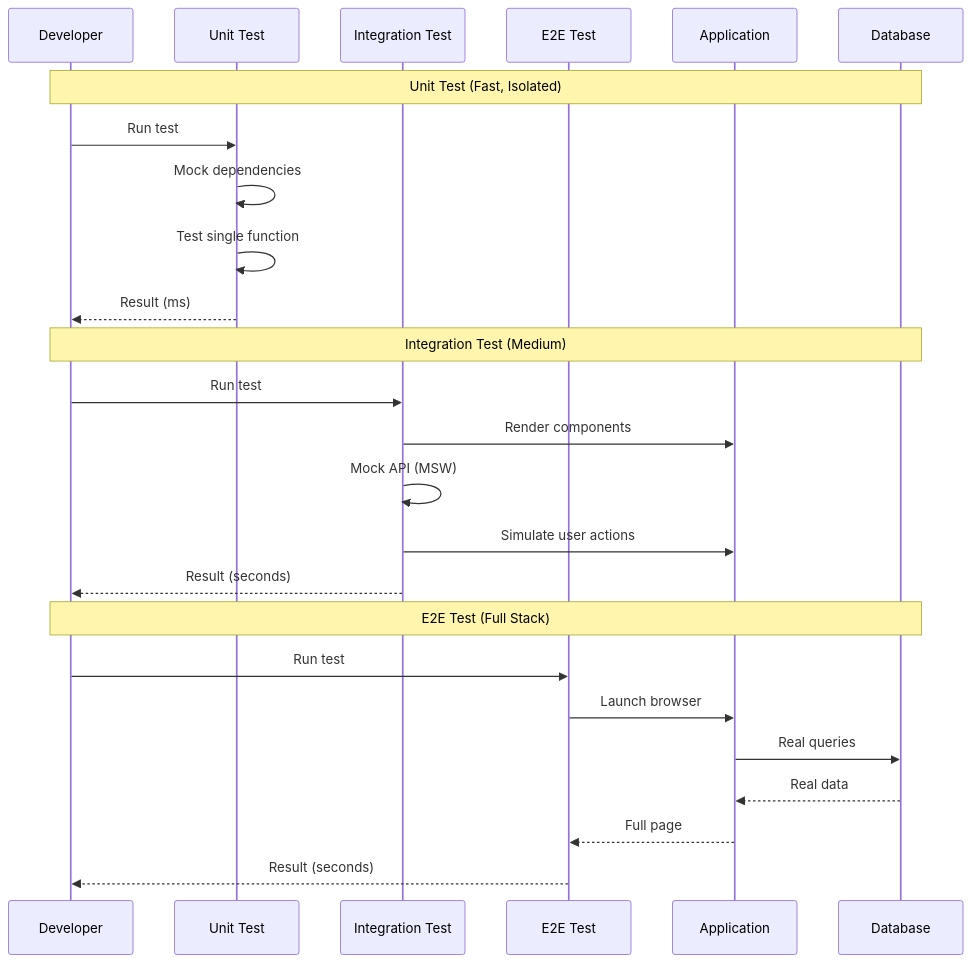
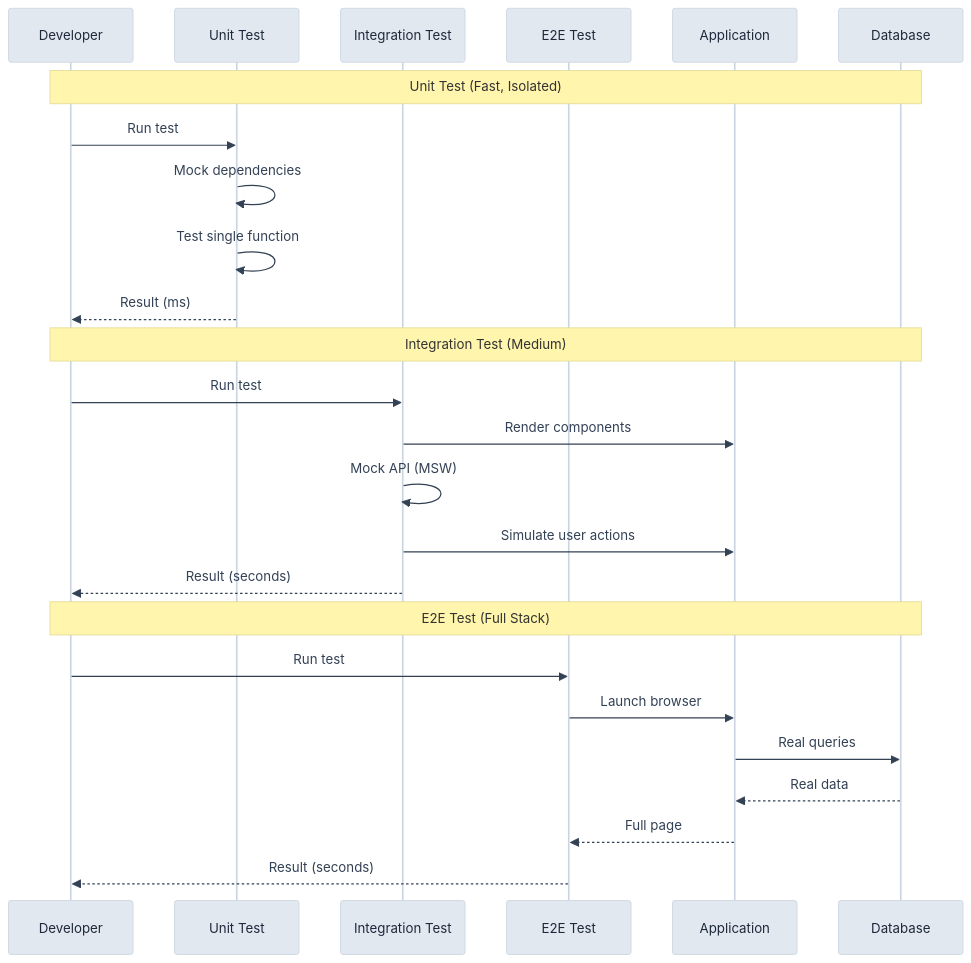
Before and after one commit to 3DHDSoft/devmultiplier-academy: the fourth of 6 diagrams in doc/testing-strategy-nextjs.md, drawn with Mermaid. The commit also changed other lines of this file and 19 other files, not shown here.

````diff
--- a/doc/testing-strategy-nextjs.md
+++ b/doc/testing-strategy-nextjs.md
@@ -406,30 +436,40 @@
 ```mermaid
-sequenceDiagram
+%%{init: {'theme': 'base', 'themeVariables': {
+  'primaryColor': '#e2e8f0',
+  'primaryTextColor': '#1e293b',
+  'primaryBorderColor': '#cbd5e1',
+  'lineColor': '#94a3b8',
+  'secondaryColor': '#f1f5f9',
+  'tertiaryColor': '#f8fafc',
+  'background': '#ffffff',
+  'textColor': '#334155',
+  'fontFamily': 'system-ui, -apple-system, sans-serif'
+}}}%%sequenceDiagram
     participant Dev as Developer
     participant Unit as Unit Test
     participant Int as Integration Test
     participant E2E as E2E Test
     participant App as Application
     participant DB as Database
 
     Note over Dev,DB: Unit Test (Fast, Isolated)
     Dev->>Unit: Run test
     Unit->>Unit: Mock dependencies
     Unit->>Unit: Test single function
     Unit-->>Dev: Result (ms)
 
     Note over Dev,DB: Integration Test (Medium)
     Dev->>Int: Run test
     Int->>App: Render components
     Int->>Int: Mock API (MSW)
     Int->>App: Simulate user actions
     Int-->>Dev: Result (seconds)
 
     Note over Dev,DB: E2E Test (Full Stack)
     Dev->>E2E: Run test
     E2E->>App: Launch browser
     App->>DB: Real queries
     DB-->>App: Real data
     App-->>E2E: Full page
     E2E-->>Dev: Result (seconds)
 ```
````
